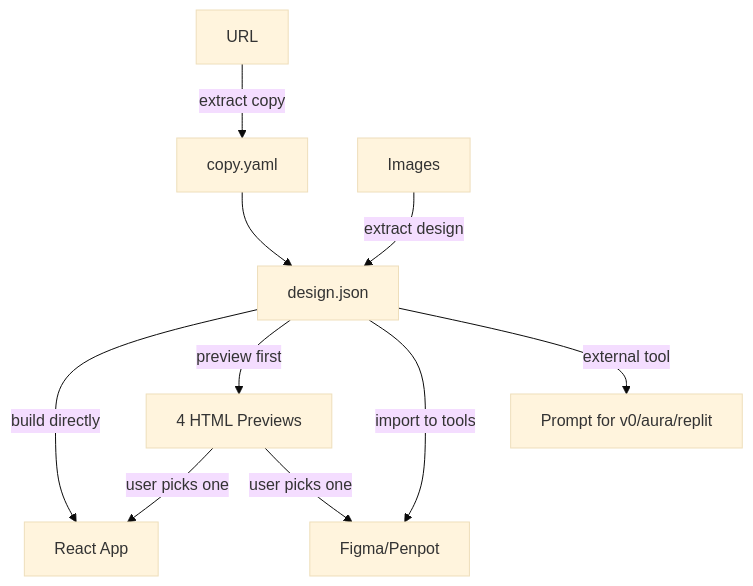
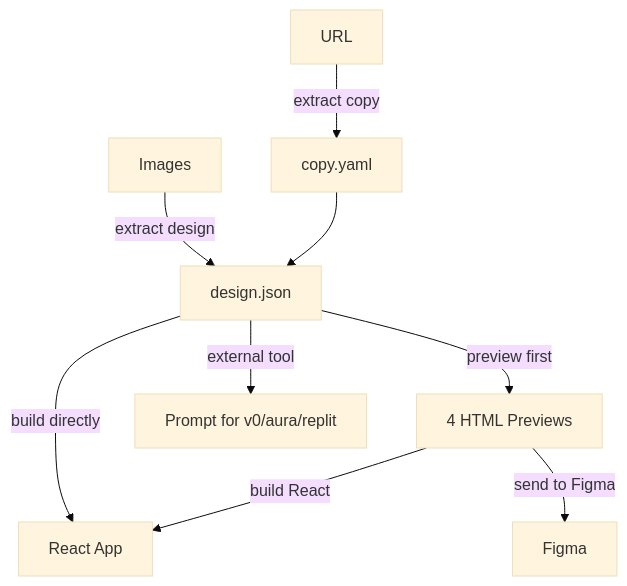
Before and after one commit to adeonir/agent-skills: the diagram in skills/(design)/design-builder/README.md, drawn with Mermaid (base theme). The commit also changed other lines of this file and 4 other files, not shown here.

````diff
--- a/skills/(design)/design-builder/README.md
+++ b/skills/(design)/design-builder/README.md
@@ -7,12 +7,11 @@
 ```mermaid
 flowchart TD
     A[URL] -->|extract copy| B[copy.yaml]
     C[Images] -->|extract design| D[design.json]
     B --> D
     D -->|build directly| E[React App]
     D -->|preview first| F[4 HTML Previews]
-    D -->|import to tools| G[Figma/Penpot]
     D -->|external tool| H[Prompt for v0/aura/replit]
-    F -->|user picks one| E
-    F -->|user picks one| G
+    F -->|build React| E
+    F -->|send to Figma| G[Figma]
 ```
````
